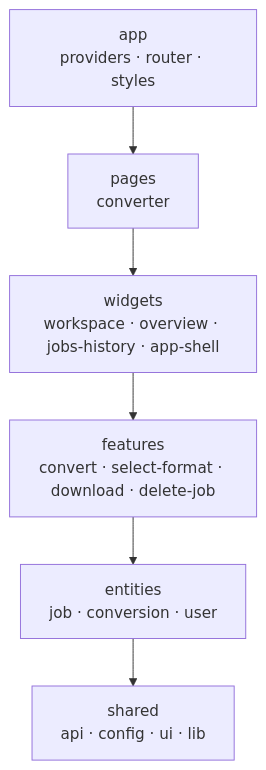
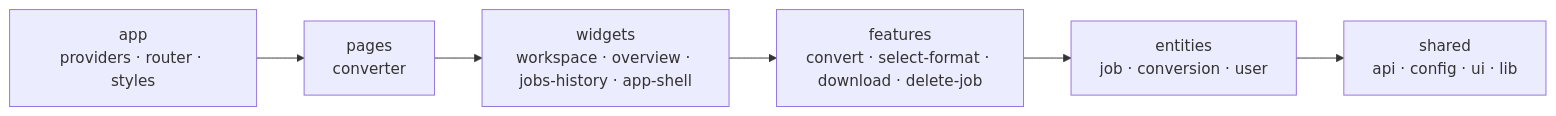
One commit to danielsacosta/Morphix changed the third of 5 diagrams in README.md. Above: the diagram before and after it, drawn with Mermaid. The commit also changed other lines of this file and 26 other files, not shown here.

````diff
--- a/README.md
+++ b/README.md
@@ -44,10 +69,10 @@
 ```mermaid
-flowchart TB
+flowchart LR
     app["app<br/>providers · router · styles"]
     pages["pages<br/>converter"]
     widgets["widgets<br/>workspace · overview · jobs-history · app-shell"]
     features["features<br/>convert · select-format · download · delete-job"]
     entities["entities<br/>job · conversion · user"]
     shared["shared<br/>api · config · ui · lib"]
     app --> pages --> widgets --> features --> entities --> shared
 ```
````
